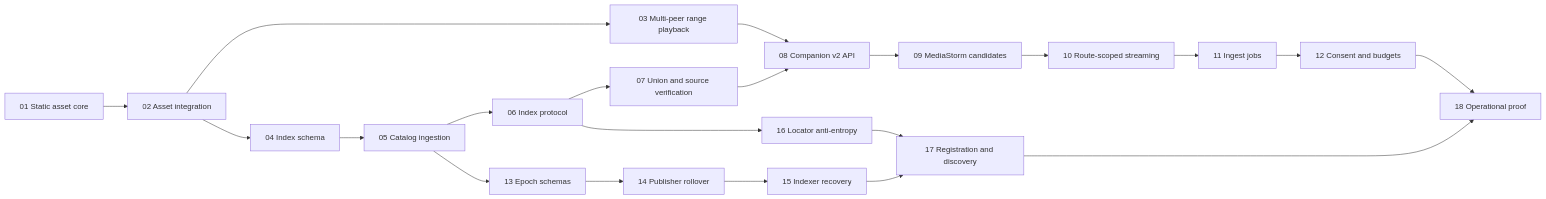
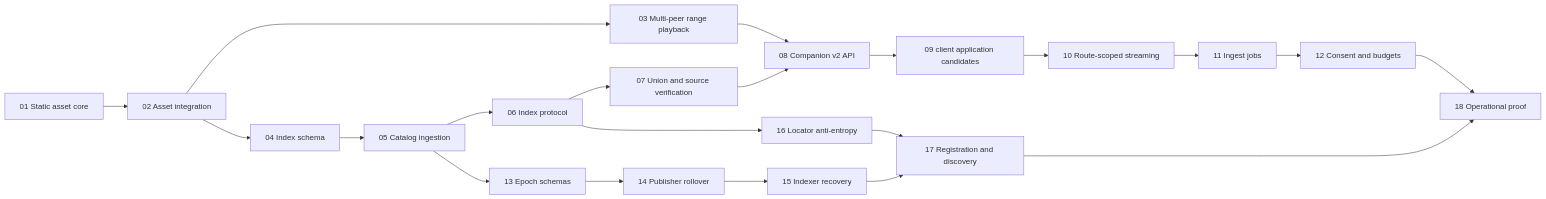
One commit to ayooooo123/peartube changed the diagram in docs/superpowers/plans/2026-08-09-distributed-archive-phase-1-roadmap.md. Above: the diagram before and after it, drawn with Mermaid. The commit also changed other lines of this file and 56 other files, not shown here.

````diff
--- a/docs/superpowers/plans/2026-08-09-distributed-archive-phase-1-roadmap.md
+++ b/docs/superpowers/plans/2026-08-09-distributed-archive-phase-1-roadmap.md
@@ -31,23 +31,23 @@
 ```mermaid
 flowchart LR
   P01[01 Static asset core] --> P02[02 Asset integration]
   P02 --> P03[03 Multi-peer range playback]
   P02 --> P04[04 Index schema]
   P04 --> P05[05 Catalog ingestion]
   P05 --> P06[06 Index protocol]
   P06 --> P07[07 Union and source verification]
   P03 --> P08[08 Companion v2 API]
   P07 --> P08
-  P08 --> P09[09 MediaStorm candidates]
+  P08 --> P09[09 client application candidates]
   P09 --> P10[10 Route-scoped streaming]
   P10 --> P11[11 Ingest jobs]
   P11 --> P12[12 Consent and budgets]
   P05 --> P13[13 Epoch schemas]
   P13 --> P14[14 Publisher rollover]
   P14 --> P15[15 Indexer recovery]
   P06 --> P16[16 Locator anti-entropy]
   P15 --> P17[17 Registration and discovery]
   P16 --> P17
   P12 --> P18[18 Operational proof]
   P17 --> P18
 ```
````
